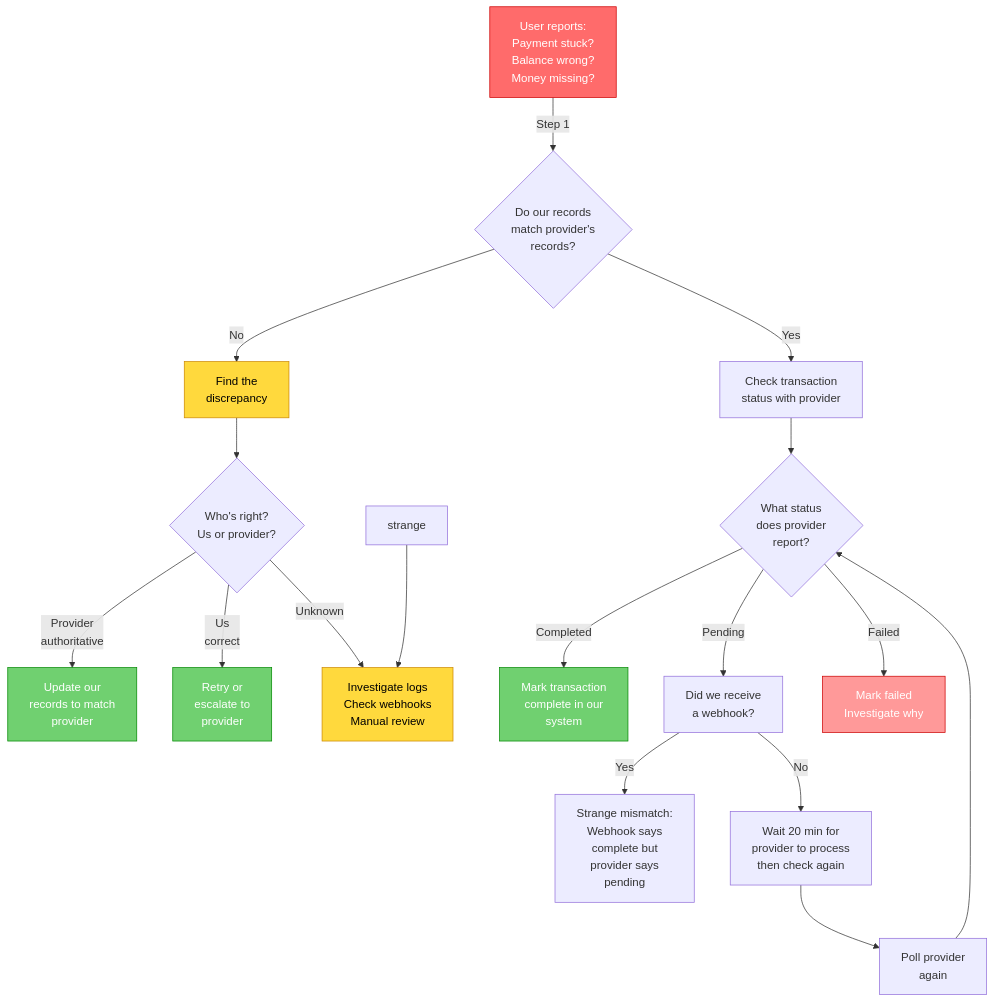
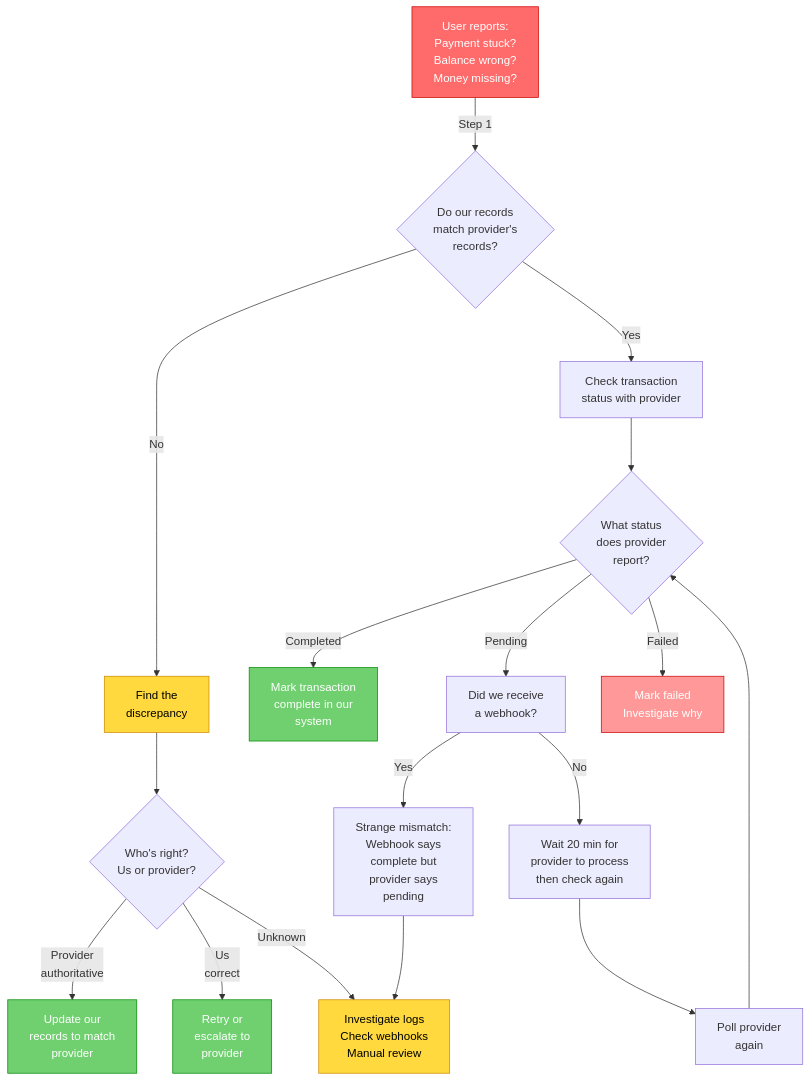
One commit to interledger/interledger-app changed the first of 3 diagrams in docs/payment-troubleshooting-guide.md. Above: the diagram before and after it, drawn with Mermaid. The commit also changed other lines of this file and 8 other files, not shown here.

````diff
--- a/docs/payment-troubleshooting-guide.md
+++ b/docs/payment-troubleshooting-guide.md
@@ -29,34 +34,34 @@
 ```mermaid
 graph TD
     Problem["User reports:<br/>Payment stuck?<br/>Balance wrong?<br/>Money missing?"]
     
     Problem -->|Step 1| CheckData{"Do our records<br/>match provider's<br/>records?"}
     
     CheckData -->|No| FindDiff["Find the<br/>discrepancy"]
     CheckData -->|Yes| CheckTx["Check transaction<br/>status with provider"]
     
     FindDiff --> WhichOne{"Who's right?<br/>Us or provider?"}
     WhichOne -->|Provider<br/>authoritative| Update["Update our<br/>records to match<br/>provider"]
     WhichOne -->|Us<br/>correct| Retry["Retry or<br/>escalate to<br/>provider"]
     WhichOne -->|Unknown| Escalate["Investigate logs<br/>Check webhooks<br/>Manual review"]
     
     CheckTx --> TxStatus{"What status<br/>does provider<br/>report?"}
     TxStatus -->|Completed| MarkComplete["Mark transaction<br/>complete in our<br/>system"]
     TxStatus -->|Pending| CheckWebhook["Did we receive<br/>a webhook?"]
     TxStatus -->|Failed| MarkFailed["Mark failed<br/>Investigate why"]
     
     CheckWebhook -->|Yes| Strange["Strange mismatch:<br/>Webhook says<br/>complete but<br/>provider says<br/>pending"]
     CheckWebhook -->|No| Wait["Wait 20 min for<br/>provider to process<br/>then check again"]
     
-    strange --> Escalate
+    Strange --> Escalate
     Wait --> CheckAgain["Poll provider<br/>again"]
     CheckAgain --> TxStatus
     
     style Problem fill:#ff6b6b,stroke:#cc0000,color:#fff
     style FindDiff fill:#ffd93d,stroke:#cc8800,color:#000
     style Update fill:#70d070,stroke:#008800,color:#fff
     style Retry fill:#70d070,stroke:#008800,color:#fff
     style MarkComplete fill:#70d070,stroke:#008800,color:#fff
     style MarkFailed fill:#ff9999,stroke:#cc0000,color:#fff
     style Escalate fill:#ffd93d,stroke:#cc8800,color:#000
 ```
````
